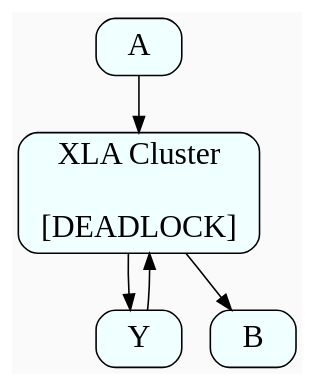
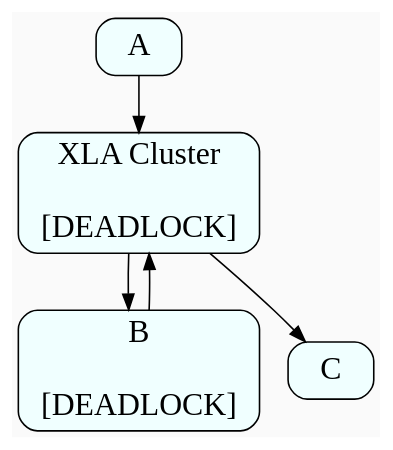
The diagram in cycle-detection-c.dot (sanjoy/auto-clustering-presentation), drawn with Graphviz before and after one commit. The commit also changed 14 other files, not shown here.

```diff
--- a/cycle-detection-c.dot
+++ b/cycle-detection-c.dot
@@ -1,11 +1,12 @@
 digraph {
   graph[bgcolor=gray98,compound=true]
   node[fontsize=20,shape=box,fillcolor=azure, style="filled,rounded"]
 
   XLA[label="XLA Cluster\n\n[DEADLOCK]"]
+  B[label="B\n\n[DEADLOCK]"]
 
   A -> XLA
-  XLA -> Y
-  Y -> XLA
   XLA -> B
+  B -> XLA
+  XLA -> C
 }
```
